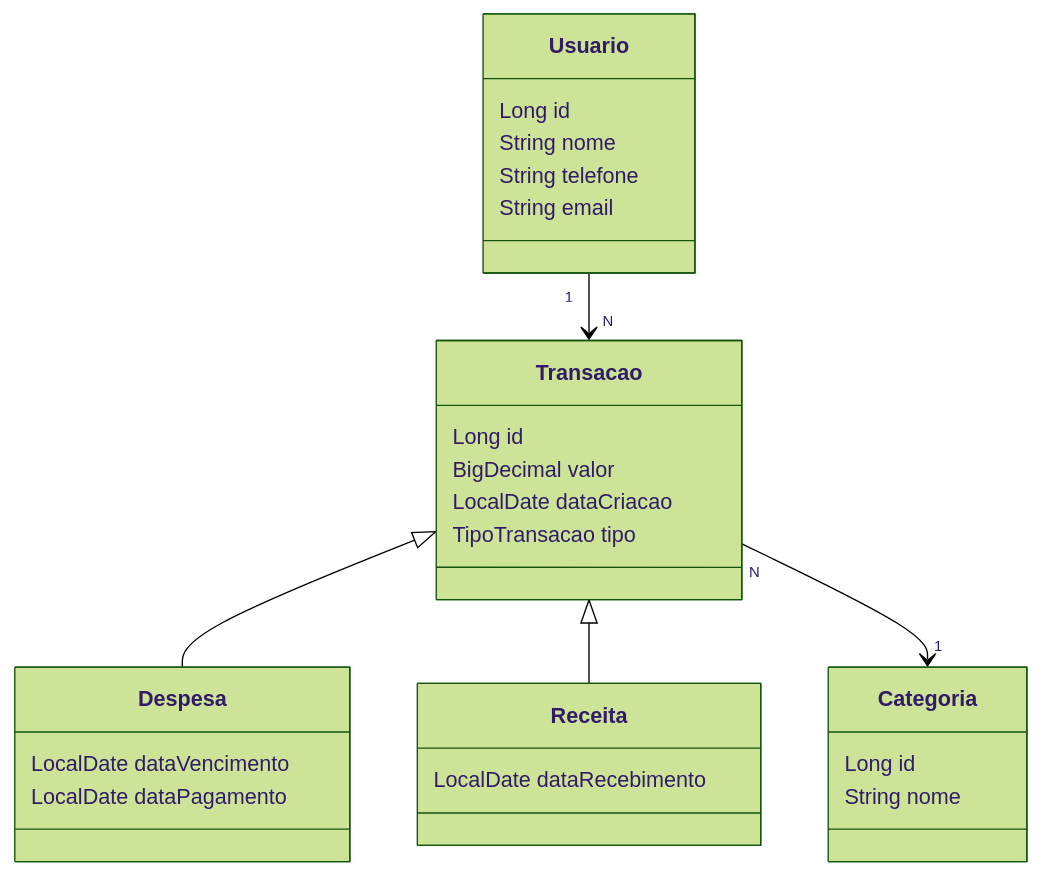
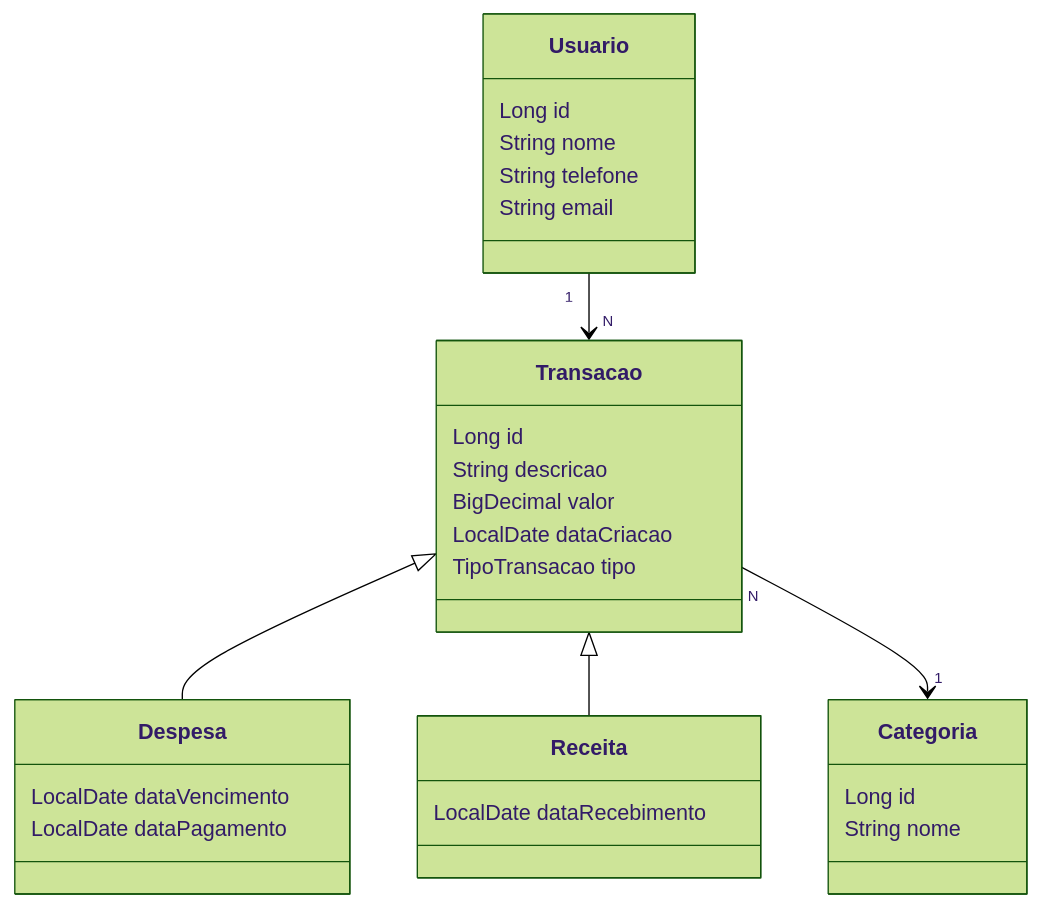
One commit to AndreOliveiraALO/dio-desafio-api-controle-financeiro-pessoal changed the first of 2 diagrams in README.md. Above: the diagram before and after it, drawn with Mermaid (forest theme). The commit also changed other lines of this file, not shown here.

````diff
--- a/README.md
+++ b/README.md
@@ -5,35 +5,36 @@
 ```mermaid
 classDiagram
     class Transacao {
         Long id
+		String descricao
         BigDecimal valor
         LocalDate dataCriacao
         TipoTransacao tipo
     }
 
     class Despesa {
         LocalDate dataVencimento
         LocalDate dataPagamento
     }
 
     class Receita {
         LocalDate dataRecebimento
     }
 
     class Usuario {
         Long id
         String nome
 		String telefone
         String email
     }
 
     class Categoria {
         Long id
         String nome
     }
 
     Transacao <|-- Despesa
     Transacao <|-- Receita
     Usuario "1" --> "N" Transacao
     Transacao "N" --> "1" Categoria
 ```
````
